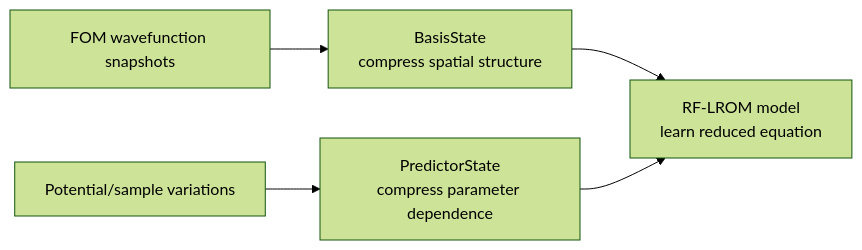
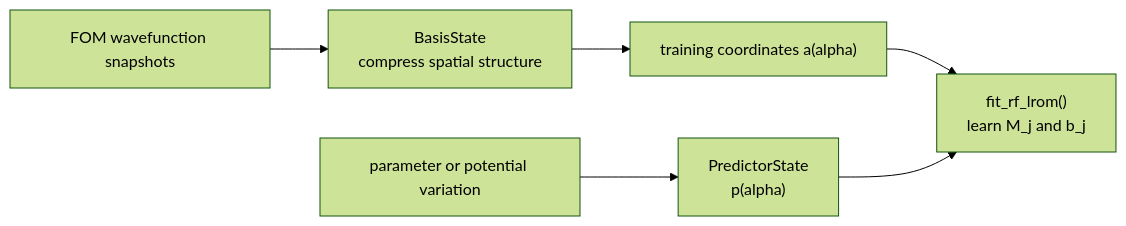
Before and after one commit to nitrogen5052/Learning-Reduced-Order-Models: the second of 3 diagrams in docs/LROM_ARCHITECTURE_UNDERSTANDING.md, drawn with Mermaid (forest theme). The commit also changed other lines of this file and 4 other files, not shown here.

````diff
--- a/docs/LROM_ARCHITECTURE_UNDERSTANDING.md
+++ b/docs/LROM_ARCHITECTURE_UNDERSTANDING.md
@@ -44,7 +83,8 @@
 ```mermaid
 flowchart LR
     W["FOM wavefunction snapshots"] --> B["BasisState\ncompress spatial structure"]
-    U["Potential/sample variations"] --> P["PredictorState\ncompress parameter dependence"]
-    B --> R["RF-LROM model\nlearn reduced equation"]
+    B --> C["training coordinates a(alpha)"]
+    U["parameter or potential variation"] --> P["PredictorState\np(alpha)"]
+    C --> R["fit_rf_lrom()\nlearn M_j and b_j"]
     P --> R
 ```
````
